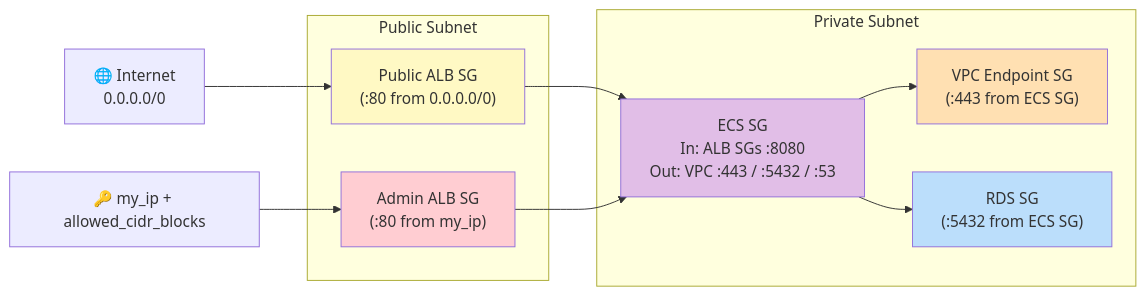
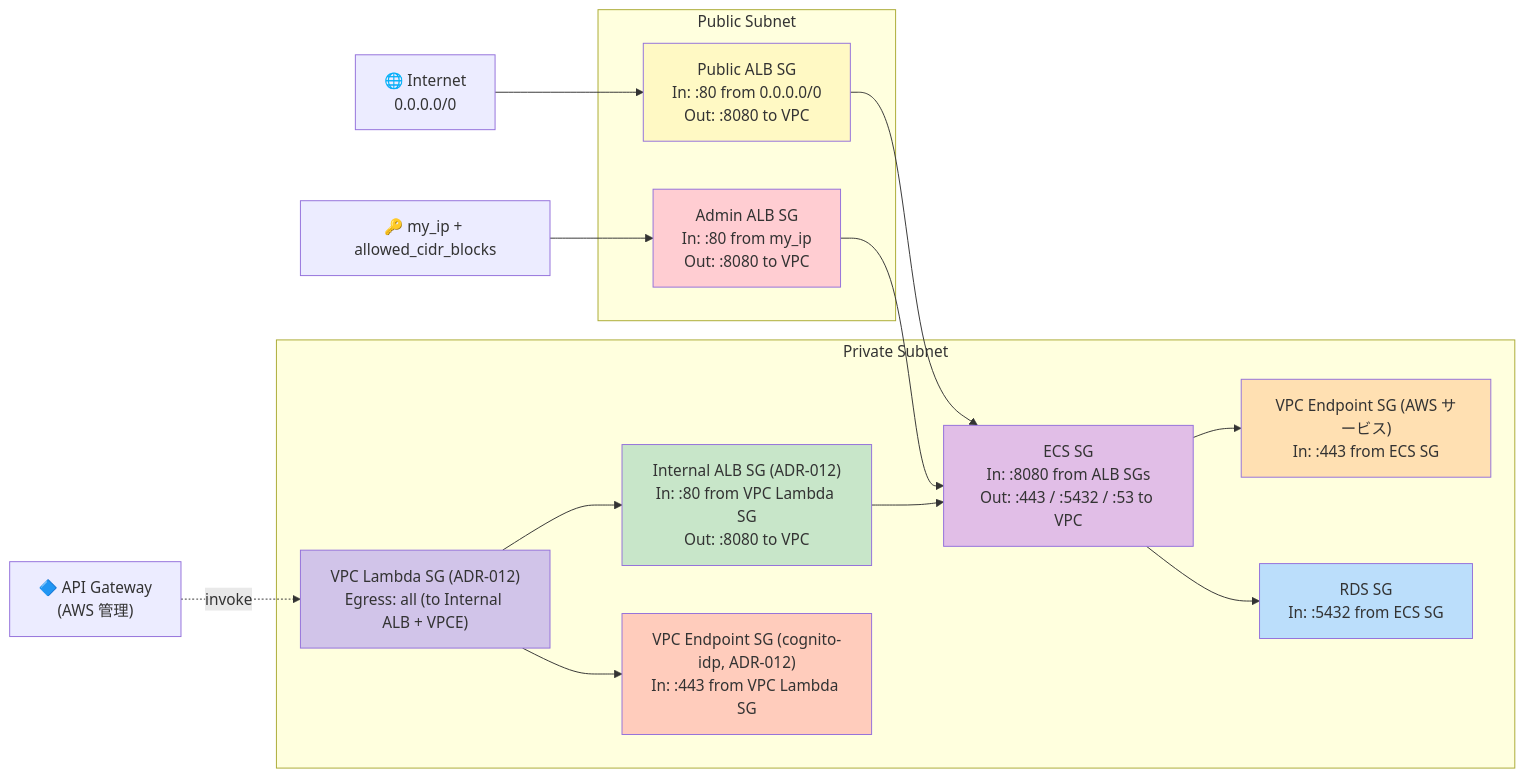
The third of 5 diagrams in doc/common/keycloak-network-architecture.md (suepie/aws-atuh-poc), drawn with Mermaid before and after one commit. The commit also changed other lines of this file and 25 other files, not shown here.

First line of the commit message:
feat: Phase 9 - VPC Lambda Authorizer + Keycloak 完全プライベート JWKS

````diff
--- a/doc/common/keycloak-network-architecture.md
+++ b/doc/common/keycloak-network-architecture.md
@@ -154,29 +288,42 @@
 ```mermaid
 flowchart LR
     INET["🌐 Internet<br/>0.0.0.0/0"]
     MYIP["🔑 my_ip + allowed_cidr_blocks"]
+    APIGW["🔷 API Gateway<br/>(AWS 管理)"]
 
     subgraph Pub["Public Subnet"]
-        SG_PUB["Public ALB SG<br/>(:80 from 0.0.0.0/0)"]
-        SG_ADM["Admin ALB SG<br/>(:80 from my_ip)"]
+        SG_PUB["Public ALB SG<br/>In: :80 from 0.0.0.0/0<br/>Out: :8080 to VPC"]
+        SG_ADM["Admin ALB SG<br/>In: :80 from my_ip<br/>Out: :8080 to VPC"]
     end
 
     subgraph Priv["Private Subnet"]
-        SG_ECS["ECS SG<br/>In: ALB SGs :8080<br/>Out: VPC :443 / :5432 / :53"]
-        SG_VPCE["VPC Endpoint SG<br/>(:443 from ECS SG)"]
-        SG_RDS["RDS SG<br/>(:5432 from ECS SG)"]
+        SG_IALB["Internal ALB SG (ADR-012)<br/>In: :80 from VPC Lambda SG<br/>Out: :8080 to VPC"]
+        SG_VLAM["VPC Lambda SG (ADR-012)<br/>Egress: all (to Internal ALB + VPCE)"]
+        SG_ECS["ECS SG<br/>In: :8080 from ALB SGs<br/>Out: :443 / :5432 / :53 to VPC"]
+        SG_VPCE["VPC Endpoint SG (AWS サービス)<br/>In: :443 from ECS SG"]
+        SG_VPCE_COG["VPC Endpoint SG (cognito-idp, ADR-012)<br/>In: :443 from VPC Lambda SG"]
+        SG_RDS["RDS SG<br/>In: :5432 from ECS SG"]
     end
 
     INET --> SG_PUB
     MYIP --> SG_ADM
+    APIGW -.->|"invoke"| SG_VLAM
+
     SG_PUB --> SG_ECS
     SG_ADM --> SG_ECS
+    SG_VLAM --> SG_IALB
+    SG_VLAM --> SG_VPCE_COG
+    SG_IALB --> SG_ECS
+
     SG_ECS --> SG_VPCE
     SG_ECS --> SG_RDS
 
     style SG_PUB fill:#fff9c4
     style SG_ADM fill:#ffcdd2
+    style SG_IALB fill:#c8e6c9
+    style SG_VLAM fill:#d1c4e9
     style SG_ECS fill:#e1bee7
     style SG_VPCE fill:#ffe0b2
+    style SG_VPCE_COG fill:#ffccbc
     style SG_RDS fill:#bbdefb
 ```
````
